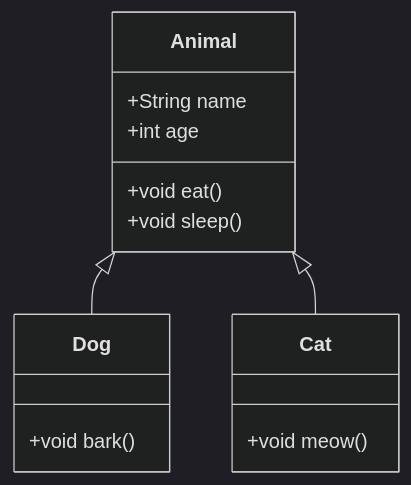
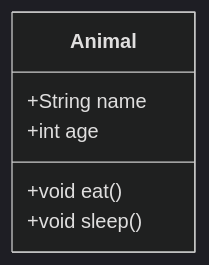
The diagram in Diagramme.mmd (FrancoLeme/WIN_BobCity-S3-S4-), drawn with Mermaid (dark theme) before and after one commit.

```diff
--- a/Diagramme.mmd
+++ b/Diagramme.mmd
@@ -1,18 +1,8 @@
 classDiagram
-    Animal <|-- Dog
-    Animal <|-- Cat
 
     class Animal {
         +String name
         +int age
         +void eat()
         +void sleep()
     }
-
-    class Dog {
-        +void bark()
-    }
-
-    class Cat {
-        +void meow()
-    }
```
